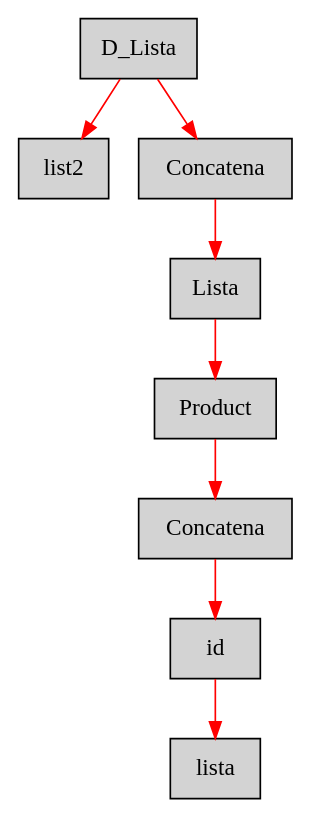
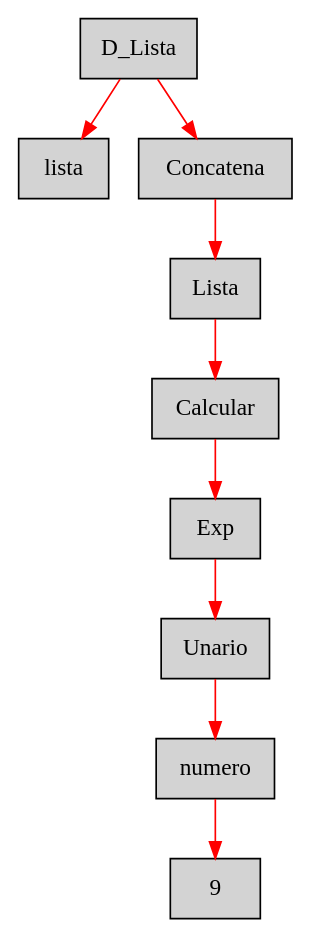
Before and after one commit to k12melissalima09sandoval/Proyecto: the diagram in AstConsola.dot, drawn with Graphviz. The commit also changed 2 other files, not shown here.

```diff
--- a/AstConsola.dot
+++ b/AstConsola.dot
@@ -1,11 +1,12 @@
 digraph G {node[shape=box, style=filled]; edge[color=red]
-node1905072146[label="D_Lista"];
- node1905072146->node3691564;node3691564[label="list2"];
- node1905072146->node543412160;node543412160[label="Concatena"];
- node543412160->node2040299165;node2040299165[label="Lista"];
- node2040299165->node1623761972;node1623761972[label="Product"];
- node1623761972->node580064565;node580064565[label="Concatena"];
- node580064565->node472957800;node472957800[label="id"];
- node472957800->node105000677;node105000677[label="lista"];
+node614376938[label="D_Lista"];
+ node614376938->node987997669;node987997669[label="lista"];
+ node614376938->node1566676809;node1566676809[label="Concatena"];
+ node1566676809->node665080414;node665080414[label="Lista"];
+ node665080414->node1984172725;node1984172725[label="Calcular"];
+ node1984172725->node1362058517;node1362058517[label="Exp"];
+ node1362058517->node10830758;node10830758[label="Unario"];
+ node10830758->node93767502;node93767502[label="numero"];
+ node93767502->node1393671411;node1393671411[label="9"];
 
 }
```
